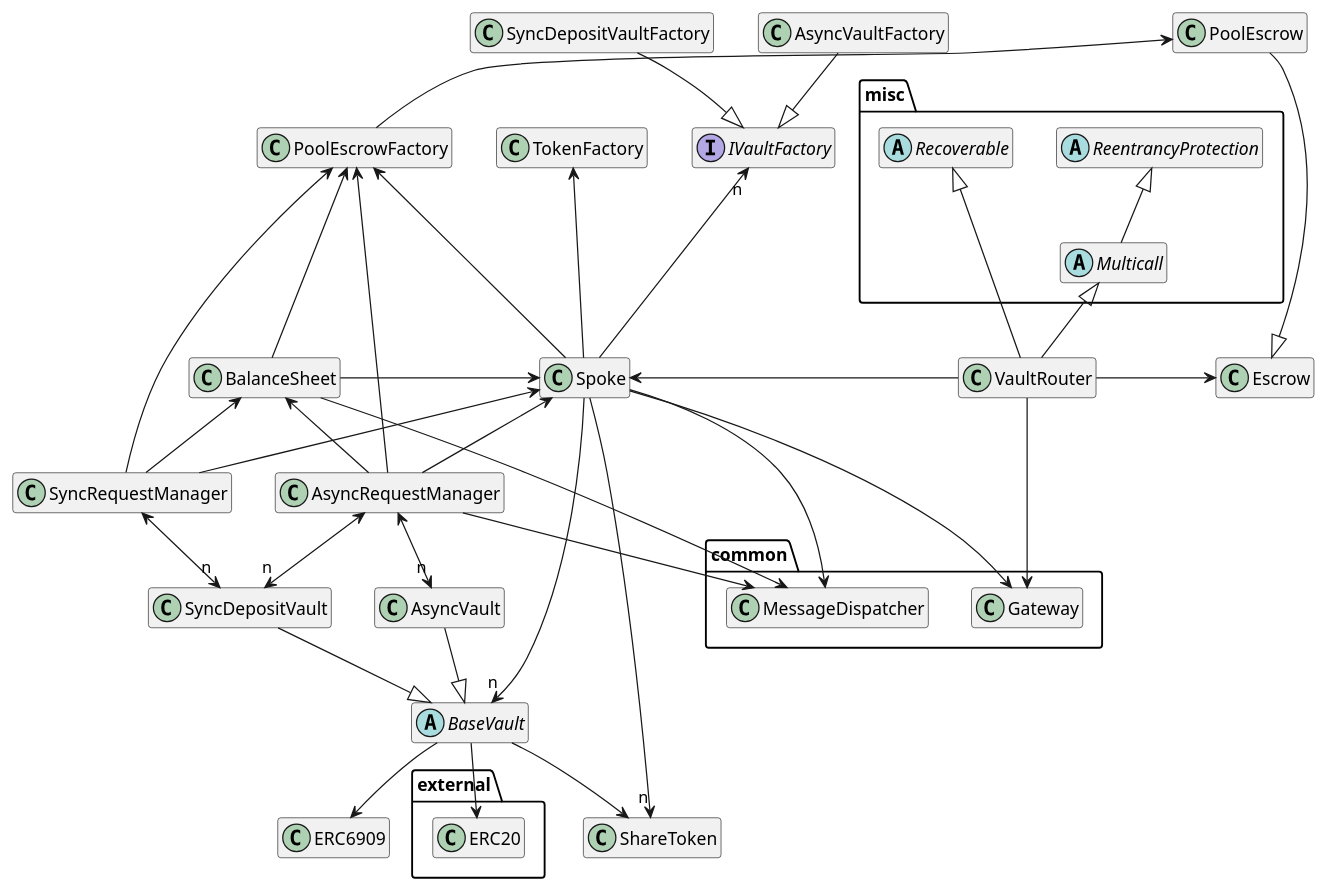
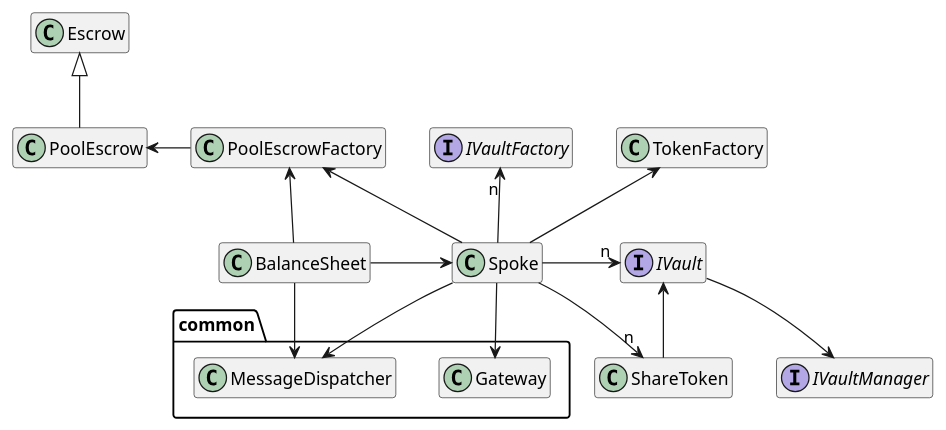
One commit to centrifuge/protocol changed the diagram in docs/architecture/spokes/overview.puml. Above: the diagram before and after it, drawn with PlantUML. The commit also changed 2 other files, not shown here.

Commit message:
adapt architecture docs

```diff
--- a/docs/architecture/spokes/overview.puml
+++ b/docs/architecture/spokes/overview.puml
@@ -1,87 +1,39 @@
 @startuml
 hide empty members
-
-package misc {
-    abstract Multicall
-    abstract ReentrancyProtection
-    abstract Recoverable
-}
 
 package common {
     class Gateway
     class MessageDispatcher
 }
 
-package external {
-    class ERC20
-}
-
 class Spoke
-
-class AsyncRequestManager
-class SyncRequestManager
-
-class AsyncVault
-class SyncDepositVault
-
 class Escrow
 class PoolEscrow
-
 class ShareToken
-
 class BalanceSheet
-class VaultRouter
+class PoolEscrowFactory
+class TokenFactory
 
 interface IVaultFactory
-abstract BaseVault
+interface IVault
+interface IVaultManager
 
-class AsyncVaultFactory
-class PoolEscrowFactory
-class SyncDepositVaultFactory
-class TokenFactory
-
-AsyncVaultFactory --|> IVaultFactory
-SyncDepositVaultFactory --|> IVaultFactory
-
-Spoke --up-> TokenFactory
-Spoke --up-> PoolEscrowFactory
-Spoke --up->"n" IVaultFactory
-Spoke <-left- BalanceSheet
-Spoke --down->"n" ShareToken
-Spoke ---down->"n" BaseVault
+Spoke -up-> TokenFactory
+Spoke -up-> PoolEscrowFactory
+Spoke -up->"n" IVaultFactory
+Spoke -->"n" ShareToken
+Spoke -right->"n" IVault
 Spoke --> Gateway
 Spoke --> MessageDispatcher
 
-BalanceSheet -up--> PoolEscrowFactory
+BalanceSheet -up-> PoolEscrowFactory
 BalanceSheet --> MessageDispatcher
+BalanceSheet -right-> Spoke
 
-SyncRequestManager <-down->"n" SyncDepositVault
-SyncRequestManager -up-> Spoke
-SyncRequestManager -up-> PoolEscrowFactory
-SyncRequestManager -up-> BalanceSheet
-SyncDepositVault --|> BaseVault
+PoolEscrowFactory -left-> PoolEscrow
+PoolEscrow -up-|> Escrow
 
-AsyncRequestManager <-down->"n" AsyncVault
-AsyncRequestManager <-down->"n" SyncDepositVault
-AsyncRequestManager -up-> Spoke
-AsyncRequestManager -up-> BalanceSheet
-AsyncRequestManager -up-> PoolEscrowFactory
-AsyncRequestManager --> MessageDispatcher
-
-VaultRouter -left-> Spoke
-VaultRouter -right-> Escrow
-
-PoolEscrowFactory -up-> PoolEscrow
-PoolEscrow --|> Escrow
-
-BaseVault --> ShareToken
-BaseVault --> ERC20
-BaseVault --> ERC6909
-AsyncVault --|> BaseVault
-
-VaultRouter --> Gateway
-VaultRouter -up-|> Multicall
-VaultRouter -up-|> Recoverable
-Multicall -up-|> ReentrancyProtection
+ShareToken -up-> IVault
+IVault --> IVaultManager
 
 @enduml
```
